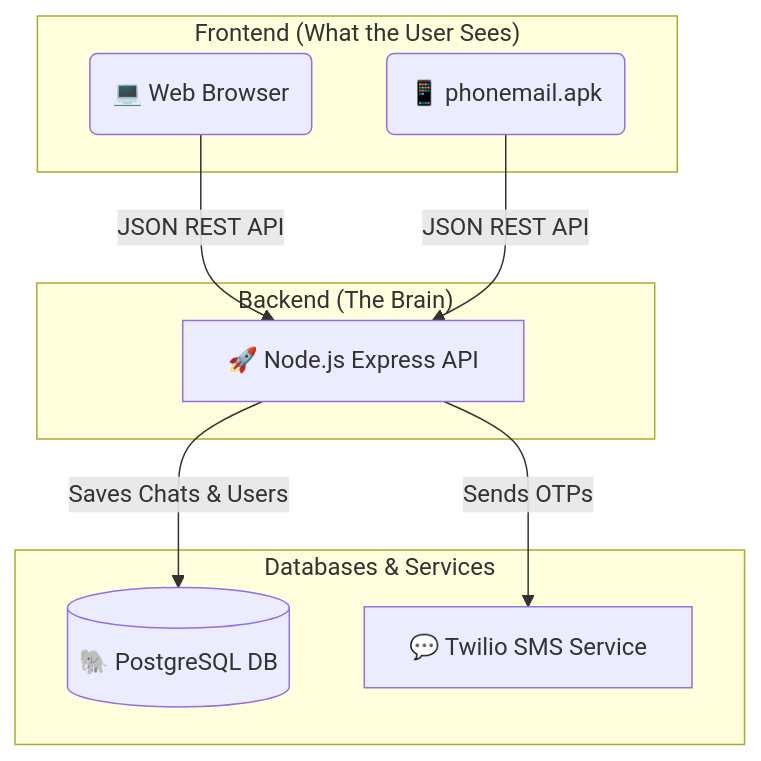
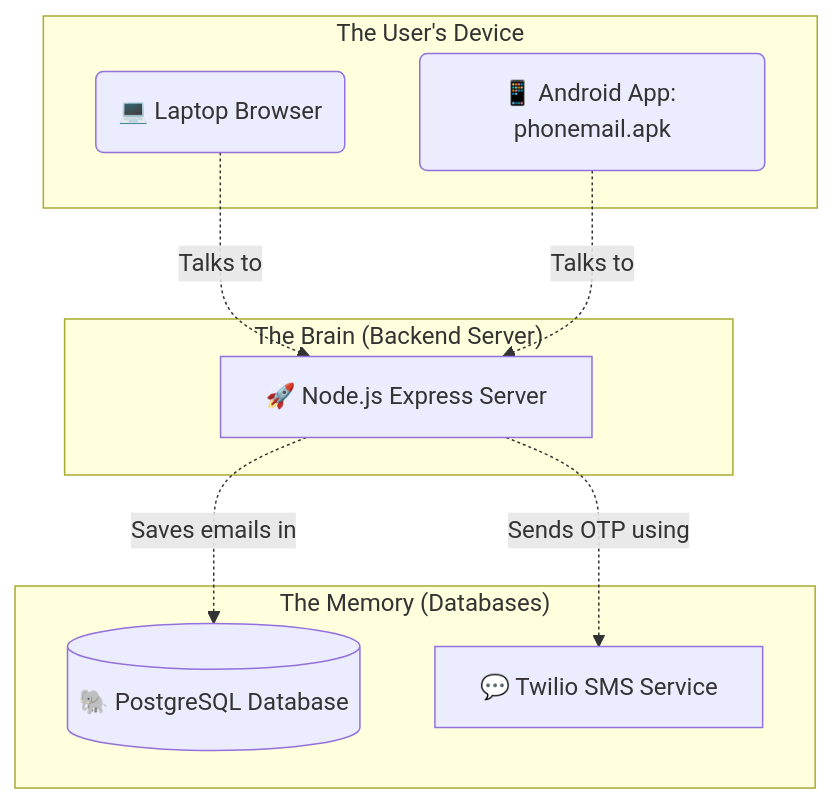
One commit to bitswizard3/PhoneMail changed the diagram in README.md. Above: the diagram before and after it, drawn with Mermaid. The commit also changed other lines of this file, not shown here.

````diff
--- a/README.md
+++ b/README.md
@@ -83,22 +90,22 @@
 ```mermaid
 graph TD
-    subgraph "Frontend (What the User Sees)"
-        Web(💻 Web Browser)
-        APK(📱 phonemail.apk)
+    subgraph "The User's Device"
+        Web(💻 Laptop Browser)
+        APK(📱 Android App: phonemail.apk)
     end
     
-    subgraph "Backend (The Brain)"
-        API[🚀 Node.js Express API]
+    subgraph "The Brain (Backend Server)"
+        API[🚀 Node.js Express Server]
     end
     
-    subgraph "Databases & Services"
-        PG[(🐘 PostgreSQL DB)]
+    subgraph "The Memory (Databases)"
+        PG[(🐘 PostgreSQL Database)]
         Twilio[💬 Twilio SMS Service]
     end
 
-    Web -->|JSON REST API| API
-    APK -->|JSON REST API| API
+    Web -. "Talks to" .-> API
+    APK -. "Talks to" .-> API
     
-    API -->|Saves Chats & Users| PG
-    API -->|Sends OTPs| Twilio
+    API -. "Saves emails in" .-> PG
+    API -. "Sends OTP using" .-> Twilio
 ```
````
